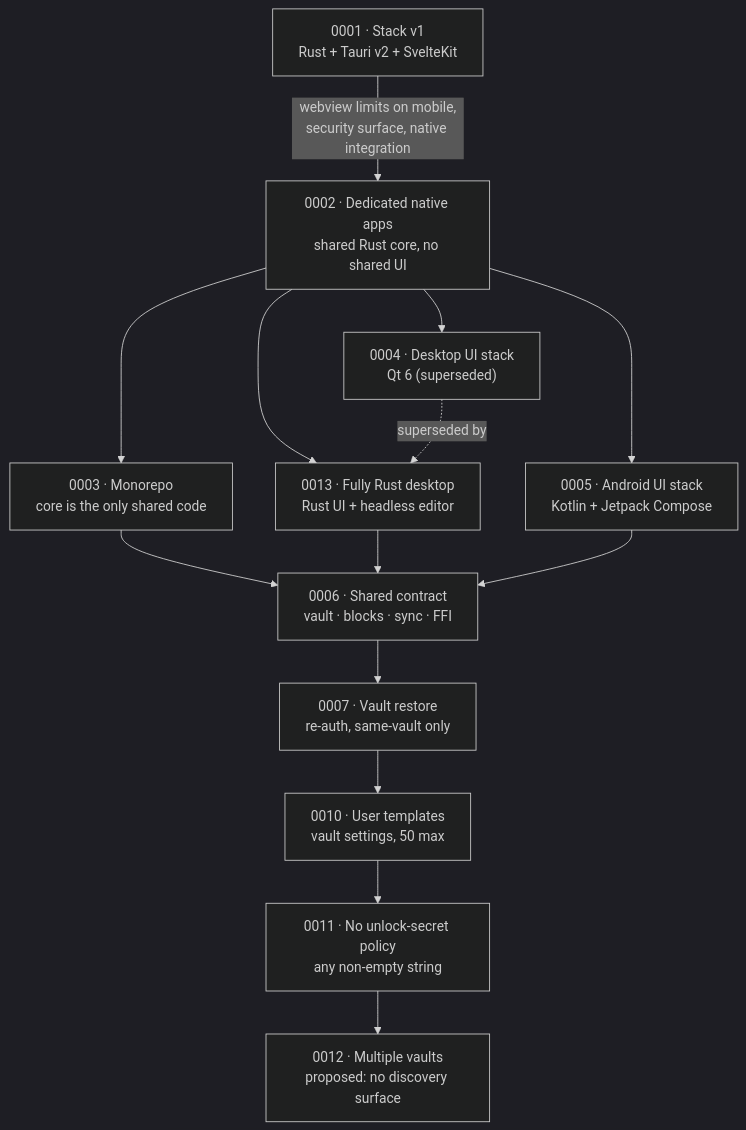
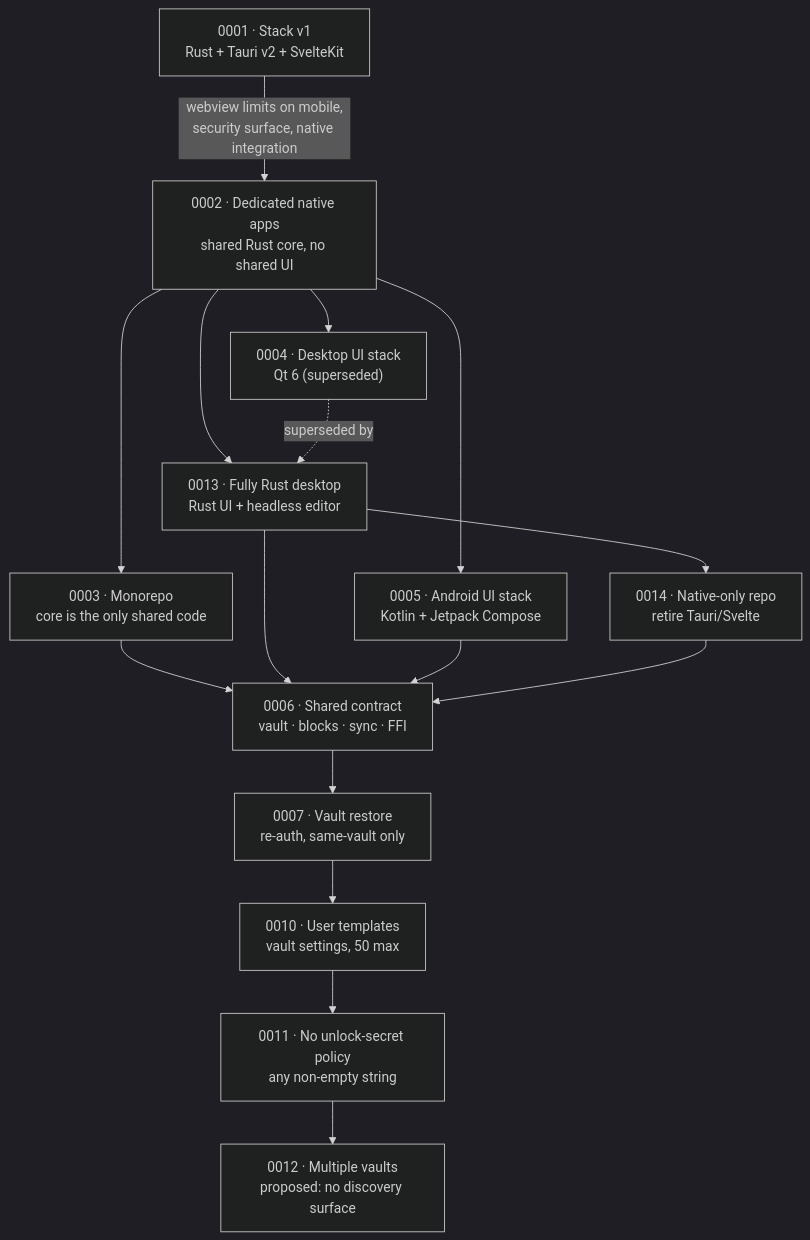
One commit to Pranesh-Selvaraj/Enclave changed the diagram in docs/decisions/README.md. Above: the diagram before and after it, drawn with Mermaid (dark theme). The commit also changed other lines of this file and 287 other files, not shown here.

First line of the commit message:
refactor!: retire the Tauri/Svelte app and make main native-only

````diff
--- a/docs/decisions/README.md
+++ b/docs/decisions/README.md
@@ -35,16 +36,18 @@
 ```mermaid
 graph TD
     A["0001 · Stack v1<br/>Rust + Tauri v2 + SvelteKit"] -->|webview limits on mobile,<br/>security surface, native integration| B["0002 · Dedicated native apps<br/>shared Rust core, no shared UI"]
     B --> C["0003 · Monorepo<br/>core is the only shared code"]
     B --> D["0004 · Desktop UI stack<br/>Qt 6 (superseded)"]
     B --> E["0005 · Android UI stack<br/>Kotlin + Jetpack Compose"]
     B --> K["0013 · Fully Rust desktop<br/>Rust UI + headless editor"]
     C --> F["0006 · Shared contract<br/>vault · blocks · sync · FFI"]
     D -.->|superseded by| K
     K --> F
+    K --> L["0014 · Native-only repo<br/>retire Tauri/Svelte"]
     E --> F
+    L --> F
     F --> G["0007 · Vault restore<br/>re-auth, same-vault only"]
     G --> H["0010 · User templates<br/>vault settings, 50 max"]
     H --> I["0011 · No unlock-secret policy<br/>any non-empty string"]
     I --> J["0012 · Multiple vaults<br/>proposed: no discovery surface"]
 ```
````
